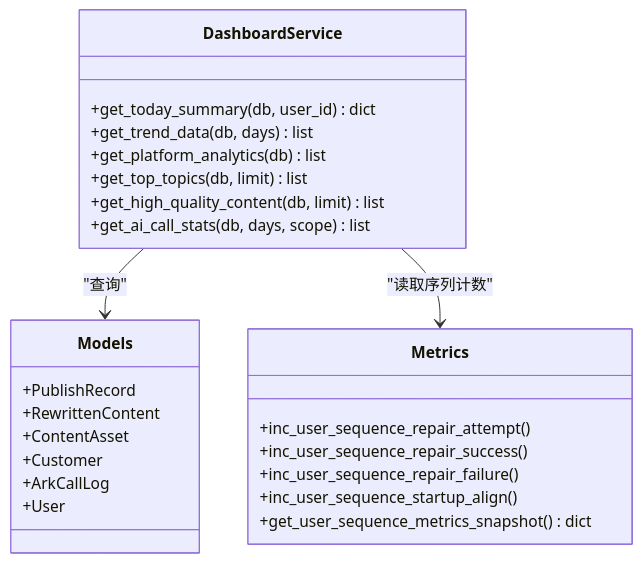
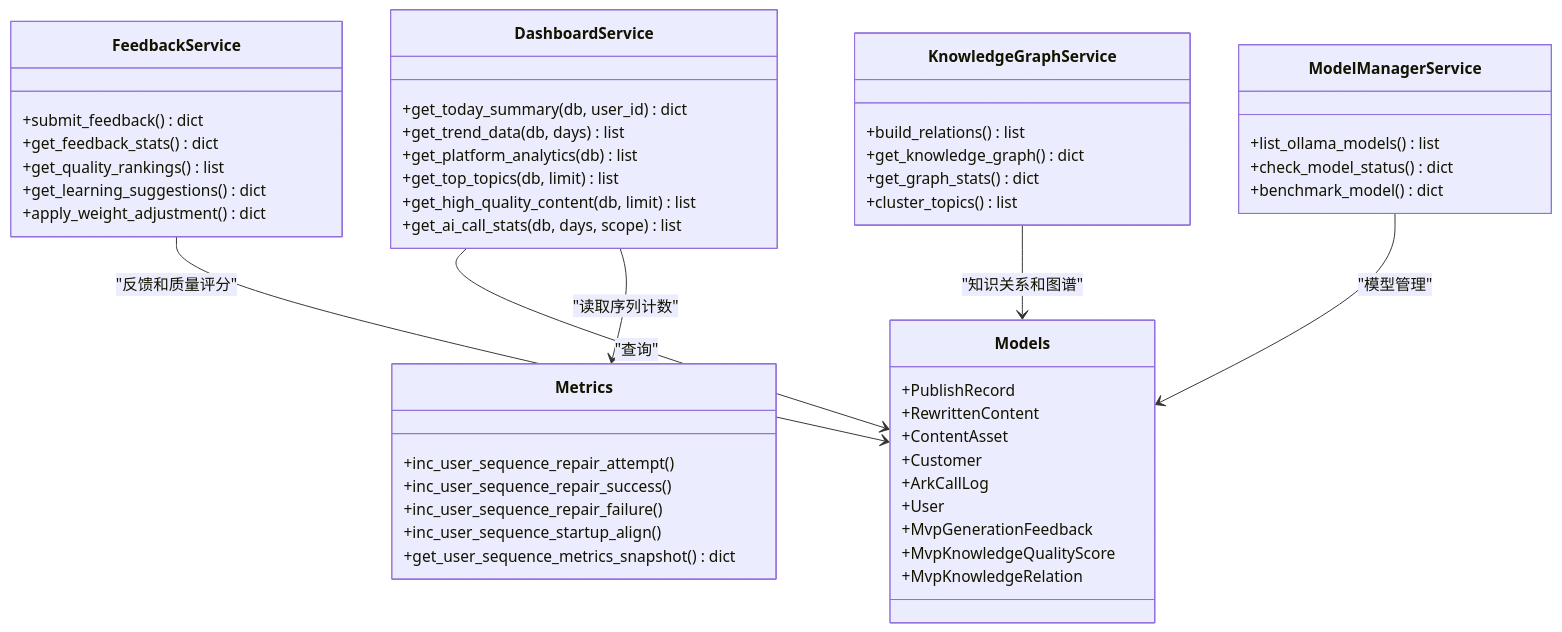
Before and after one commit to dream-ze/AI_huoke-: the fourth of 5 diagrams in .qoder/repowiki/zh/content/系统管理/监控告警系统.md, drawn with Mermaid. The commit also changed other lines of this file and 220 other files, not shown here.

````diff
--- a/.qoder/repowiki/zh/content/系统管理/监控告警系统.md
+++ b/.qoder/repowiki/zh/content/系统管理/监控告警系统.md
@@ -177,28 +245,52 @@
 ```mermaid
 classDiagram
 class DashboardService {
 +get_today_summary(db, user_id) dict
 +get_trend_data(db, days) list
 +get_platform_analytics(db) list
 +get_top_topics(db, limit) list
 +get_high_quality_content(db, limit) list
 +get_ai_call_stats(db, days, scope) list
 }
 class Metrics {
 +inc_user_sequence_repair_attempt()
 +inc_user_sequence_repair_success()
 +inc_user_sequence_repair_failure()
 +inc_user_sequence_startup_align()
 +get_user_sequence_metrics_snapshot() dict
 }
+class FeedbackService {
++submit_feedback() dict
++get_feedback_stats() dict
++get_quality_rankings() list
++get_learning_suggestions() dict
++apply_weight_adjustment() dict
+}
+class KnowledgeGraphService {
++build_relations() list
++get_knowledge_graph() dict
++get_graph_stats() dict
++cluster_topics() list
+}
+class ModelManagerService {
++list_ollama_models() list
++check_model_status() dict
++benchmark_model() dict
+}
 class Models {
 +PublishRecord
 +RewrittenContent
 +ContentAsset
 +Customer
 +ArkCallLog
 +User
++MvpGenerationFeedback
++MvpKnowledgeQualityScore
++MvpKnowledgeRelation
 }
 DashboardService --> Models : "查询"
 DashboardService --> Metrics : "读取序列计数"
+FeedbackService --> Models : "反馈和质量评分"
+KnowledgeGraphService --> Models : "知识关系和图谱"
+ModelManagerService --> Models : "模型管理"
 ```
````
